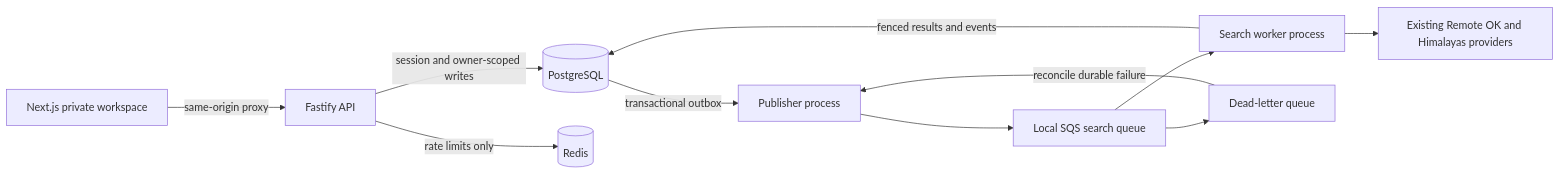
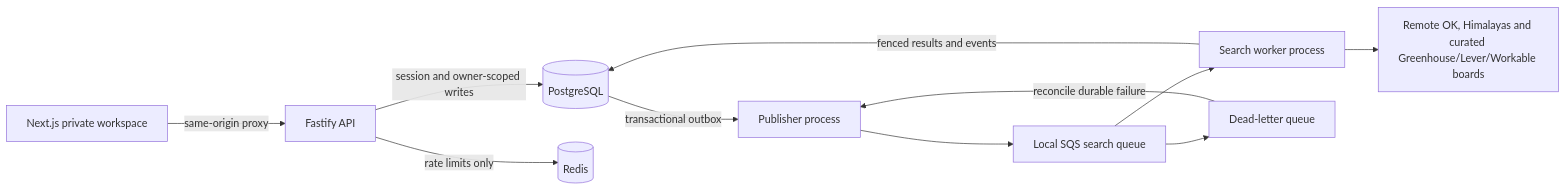
One commit to varunjakkampudi-tech/careerscope changed the third of 3 diagrams in v2/ARCHITECTURE.md. Above: the diagram before and after it, drawn with Mermaid. The commit also changed other lines of this file and 61 other files, not shown here.

````diff
--- a/v2/ARCHITECTURE.md
+++ b/v2/ARCHITECTURE.md
@@ -550,13 +608,13 @@
 ```mermaid
 flowchart LR
   Browser[Next.js private workspace] -->|same-origin proxy| API[Fastify API]
   API -->|session and owner-scoped writes| PG[(PostgreSQL)]
   API -->|rate limits only| Redis[(Redis)]
   PG -->|transactional outbox| Publisher[Publisher process]
   Publisher --> SQS[Local SQS search queue]
   SQS --> Worker[Search worker process]
-   Worker --> Providers[Existing Remote OK and Himalayas providers]
+   Worker --> Providers[Remote OK, Himalayas and curated Greenhouse/Lever/Workable boards]
   Worker -->|fenced results and events| PG
   SQS --> DLQ[Dead-letter queue]
   DLQ -->|reconcile durable failure| Publisher
 ```
````
